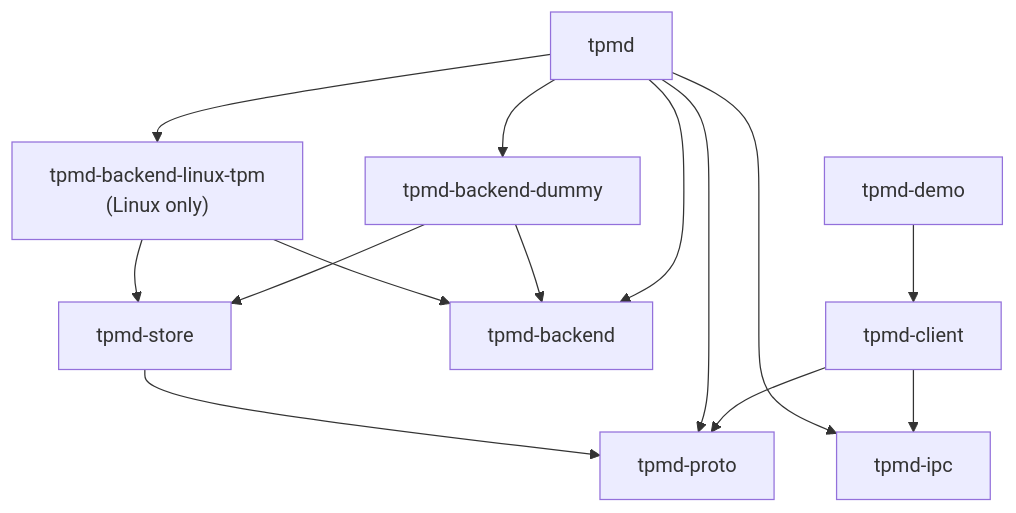
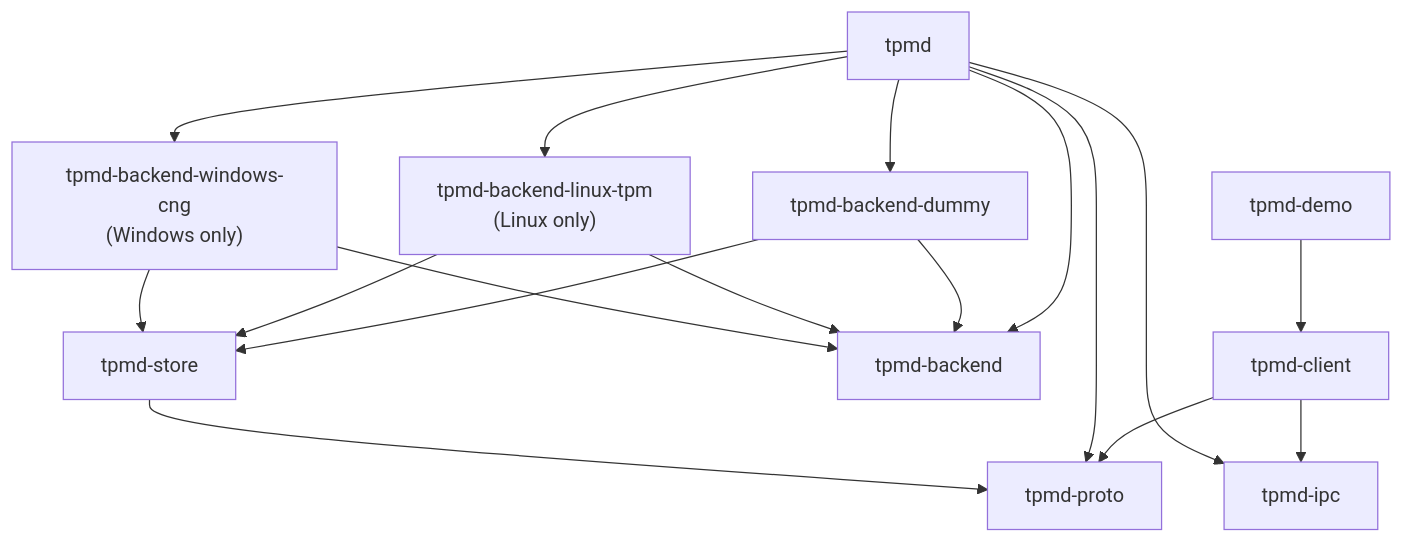
One commit to OffworldNexus/tpmd changed the first of 2 diagrams in docs/architecture.md. Above: the diagram before and after it, drawn with Mermaid. The commit also changed other lines of this file and 17 other files, not shown here.

````diff
--- a/docs/architecture.md
+++ b/docs/architecture.md
@@ -58,16 +59,19 @@
 ```mermaid
 graph TD
   client["tpmd-client"] --> proto["tpmd-proto"]
   client --> ipc["tpmd-ipc"]
   daemon["tpmd"] --> proto
   daemon --> ipc
   daemon --> backend["tpmd-backend"]
   daemon --> dummy["tpmd-backend-dummy"]
   daemon --> linuxtpm["tpmd-backend-linux-tpm<br/>(Linux only)"]
+  daemon --> wincng["tpmd-backend-windows-cng<br/>(Windows only)"]
   dummy --> backend
   dummy --> store["tpmd-store"]
   linuxtpm --> backend
   linuxtpm --> store
+  wincng --> backend
+  wincng --> store
   store --> proto
   demo["tpmd-demo"] --> client
 ```
````
